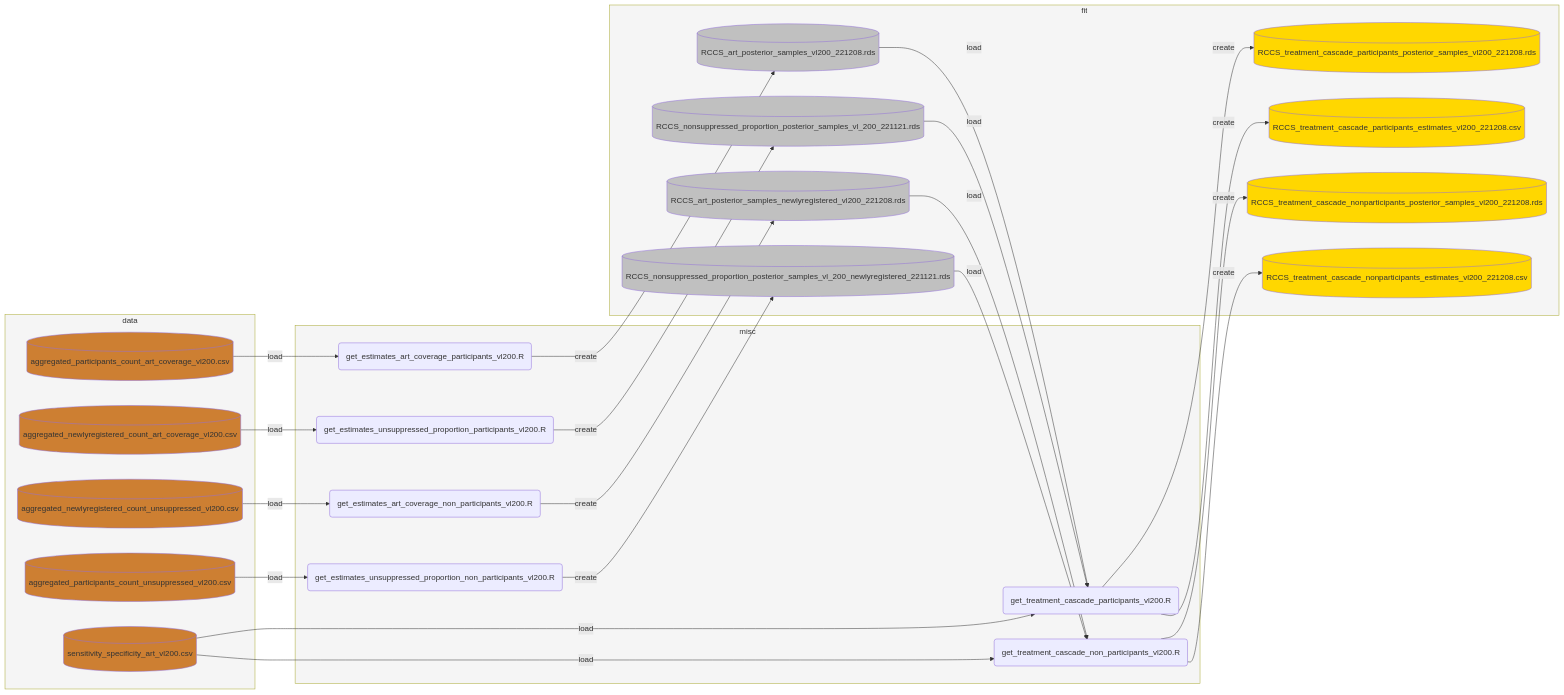
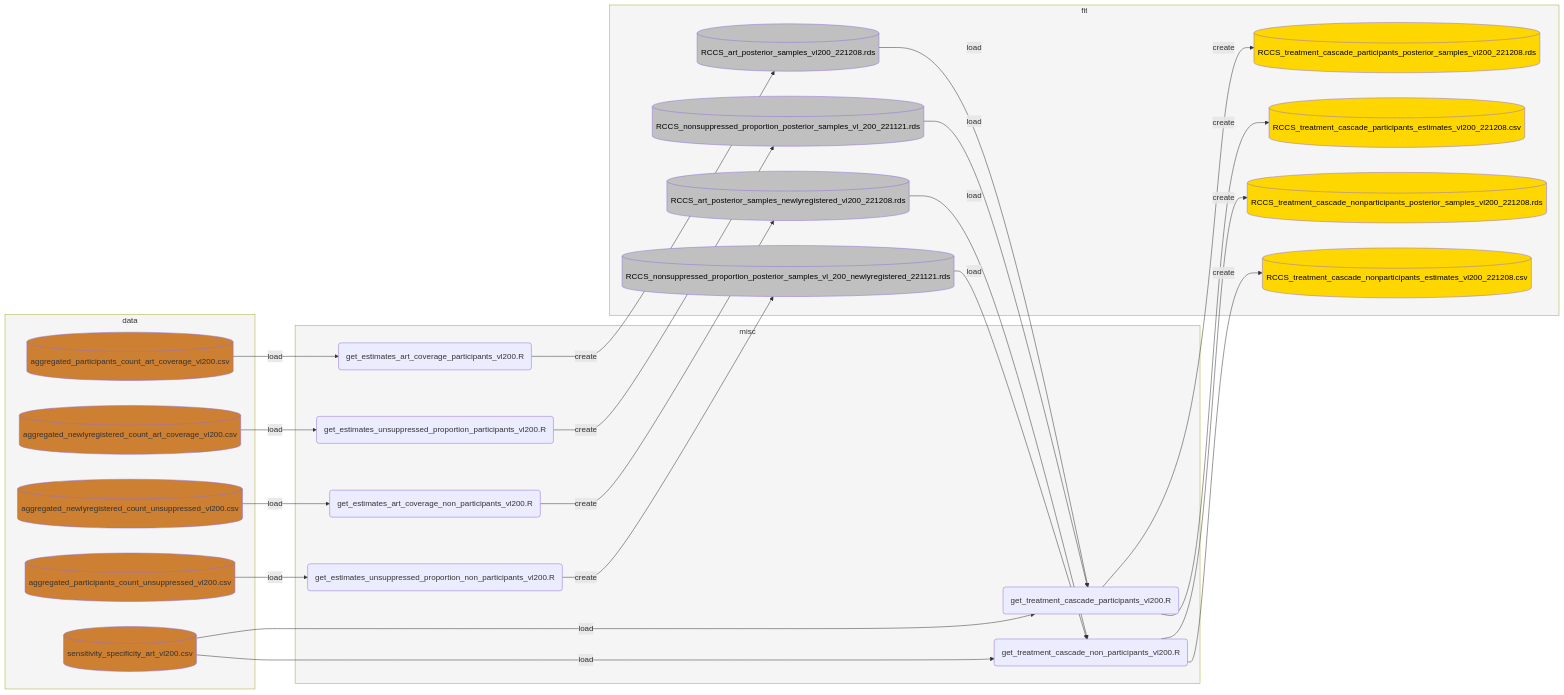
One commit to MLGlobalHealth/phyloSI-RakaiAgeGender changed the third of 3 diagrams in docs/README.md. Above: the diagram before and after it, drawn with Mermaid. The commit also changed other lines of this file, not shown here.

```diff
--- a/docs/README.md
+++ b/docs/README.md
@@ -165,10 +180,21 @@
       f7[(RCCS_treatment_cascade_nonparticipants_posterior_samples_vl200_221208.rds)]
       f8[(RCCS_treatment_cascade_nonparticipants_estimates_vl200_221208.csv)]
     end
+  
+    style f1 color:#000000
+    style f2 color:#000000
+    style f3 color:#000000
+    style f4 color:#000000
+
     style f1 fill:#C0C0C0
     style f2 fill:#C0C0C0
     style f3 fill:#C0C0C0
     style f4 fill:#C0C0C0
+  
+    style f5 color:#000000
+    style f6 color:#000000
+    style f7 color:#000000
+    style f8 color:#000000
     
     style f5 fill:#FFD700
     style f6 fill:#FFD700
```
